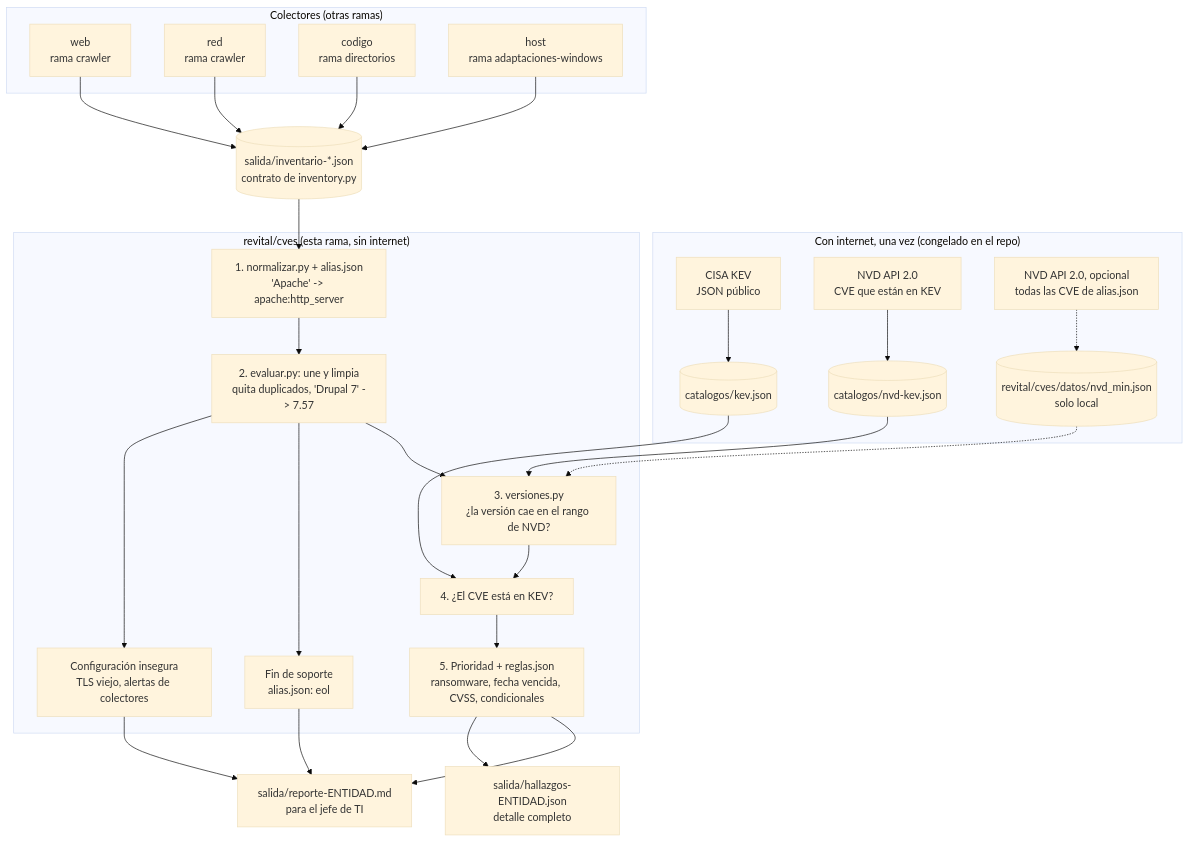
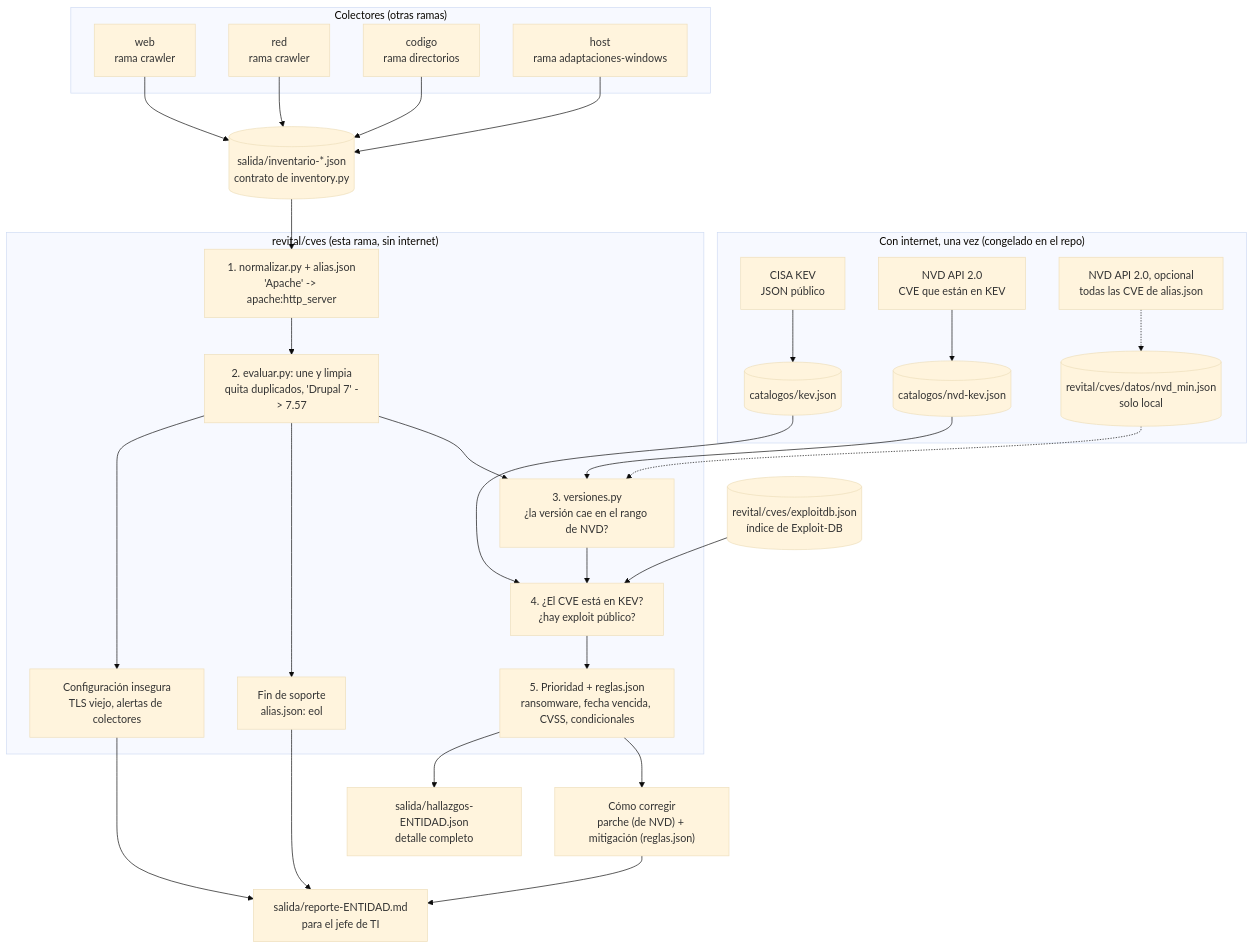
Before and after one commit to Zairocode/ReVital: the diagram in revital/cves/CONTEXTO.md, drawn with Mermaid (base theme). The commit also changed other lines of this file and 11 other files, not shown here.

Commit message:
cves: mitigacion por CVE, Exploit-DB (indice oficial, 25099 CVE) y .bat para actualizarlo

````diff
--- a/revital/cves/CONTEXTO.md
+++ b/revital/cves/CONTEXTO.md
@@ -19,40 +19,42 @@
 ```mermaid
 flowchart TD
     subgraph COL["Colectores (otras ramas)"]
         W["web<br/>rama crawler"]
         R["red<br/>rama crawler"]
         K["codigo<br/>rama directorios"]
         H["host<br/>rama adaptaciones-windows"]
     end
     W --> I[("salida/inventario-*.json<br/>contrato de inventory.py")]
     R --> I
     K --> I
     H --> I
 
     subgraph NET["Con internet, una vez (congelado en el repo)"]
         CISA["CISA KEV<br/>JSON público"] --> DK[("catalogos/kev.json")]
         NVDAPI["NVD API 2.0<br/>CVE que están en KEV"] --> DN[("catalogos/nvd-kev.json")]
         NVDX["NVD API 2.0, opcional<br/>todas las CVE de alias.json"] -.-> DX[("revital/cves/datos/nvd_min.json<br/>solo local")]
     end
 
     subgraph CVES["revital/cves (esta rama, sin internet)"]
         N["1. normalizar.py + alias.json<br/>'Apache' -> apache:http_server"]
         D["2. evaluar.py: une y limpia<br/>quita duplicados, 'Drupal 7' -> 7.57"]
         V["3. versiones.py<br/>¿la versión cae en el rango de NVD?"]
-        KV["4. ¿El CVE está en KEV?"]
+        KV["4. ¿El CVE está en KEV?<br/>¿hay exploit público?"]
         P["5. Prioridad + reglas.json<br/>ransomware, fecha vencida, CVSS, condicionales"]
         E["Fin de soporte<br/>alias.json: eol"]
         C["Configuración insegura<br/>TLS viejo, alertas de colectores"]
     end
 
     I --> N --> D --> V --> KV --> P
     DN --> V
     DX -.-> V
     DK --> KV
+    EDB[("revital/cves/exploitdb.json<br/>índice de Exploit-DB")] --> KV
+    M["Cómo corregir<br/>parche (de NVD) + mitigación (reglas.json)"]
     D --> E
     D --> C
     C --> MD
-    P --> MD["salida/reporte-ENTIDAD.md<br/>para el jefe de TI"]
+    P --> M --> MD["salida/reporte-ENTIDAD.md<br/>para el jefe de TI"]
     E --> MD
     P --> JS["salida/hallazgos-ENTIDAD.json<br/>detalle completo"]
 ```
````
